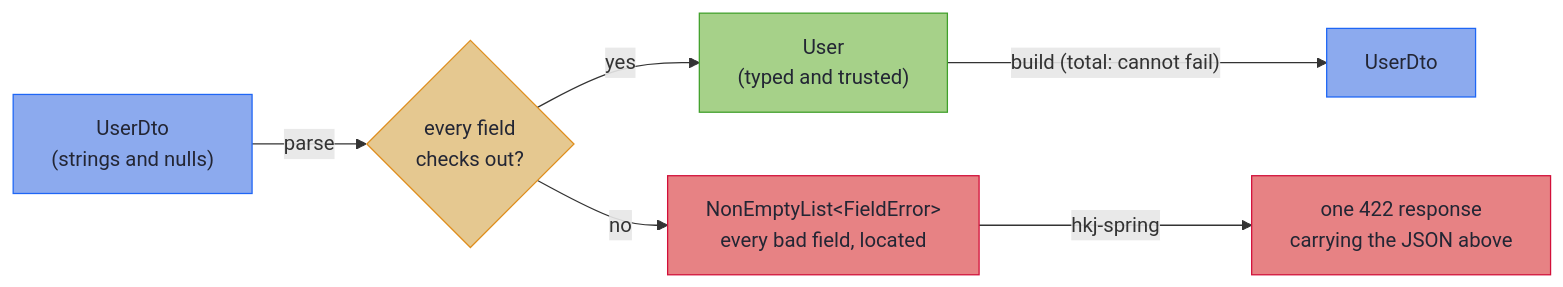
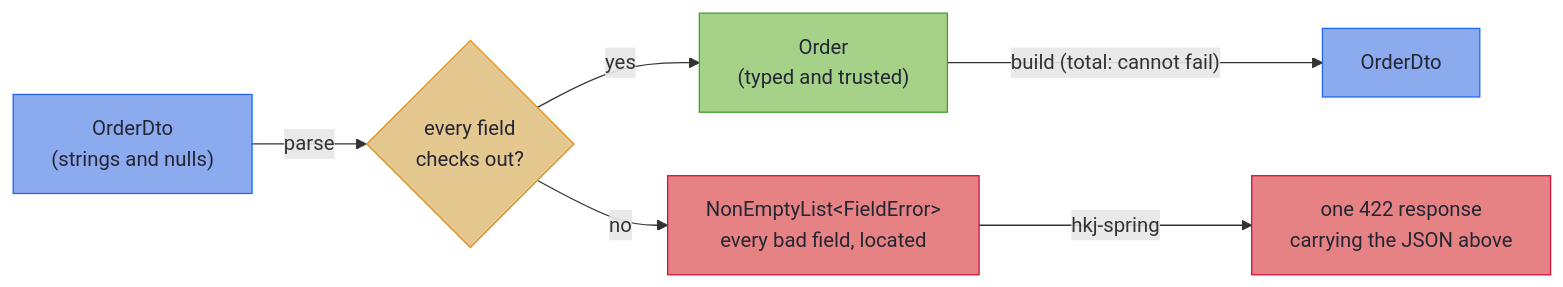
Before and after one commit to higher-kinded-j/higher-kinded-j: the first of 2 diagrams in hkj-book/src/mapping/ch_intro.md, drawn with Mermaid. The commit also changed other lines of this file and 20 other files, not shown here.

````diff
--- a/hkj-book/src/mapping/ch_intro.md
+++ b/hkj-book/src/mapping/ch_intro.md
@@ -58,17 +59,17 @@
 ```mermaid
 flowchart LR
-    DTO["UserDto<br/>(strings and nulls)"] -->|"parse"| CHECK{"every field<br/>checks out?"}
-    CHECK -->|yes| DOM["User<br/>(typed and trusted)"]
+    DTO["OrderDto<br/>(strings and nulls)"] -->|"parse"| CHECK{"every field<br/>checks out?"}
+    CHECK -->|yes| DOM["Order<br/>(typed and trusted)"]
     CHECK -->|no| ERR["NonEmptyList&lt;FieldError&gt;<br/>every bad field, located"]
-    DOM -->|"build (total: cannot fail)"| OUT["UserDto"]
+    DOM -->|"build (total: cannot fail)"| OUT["OrderDto"]
     ERR -->|"hkj-spring"| RESP["one 422 response<br/>carrying the JSON above"]
 
     classDef wire fill:#8caaee,stroke:#1e66f5,color:#232634
     classDef domain fill:#a6d189,stroke:#40a02b,color:#232634
     classDef error fill:#e78284,stroke:#d20f39,color:#232634
     classDef decision fill:#e5c890,stroke:#df8e1d,color:#232634
     class DTO,OUT wire
     class DOM domain
     class ERR,RESP error
     class CHECK decision
 ```
````
